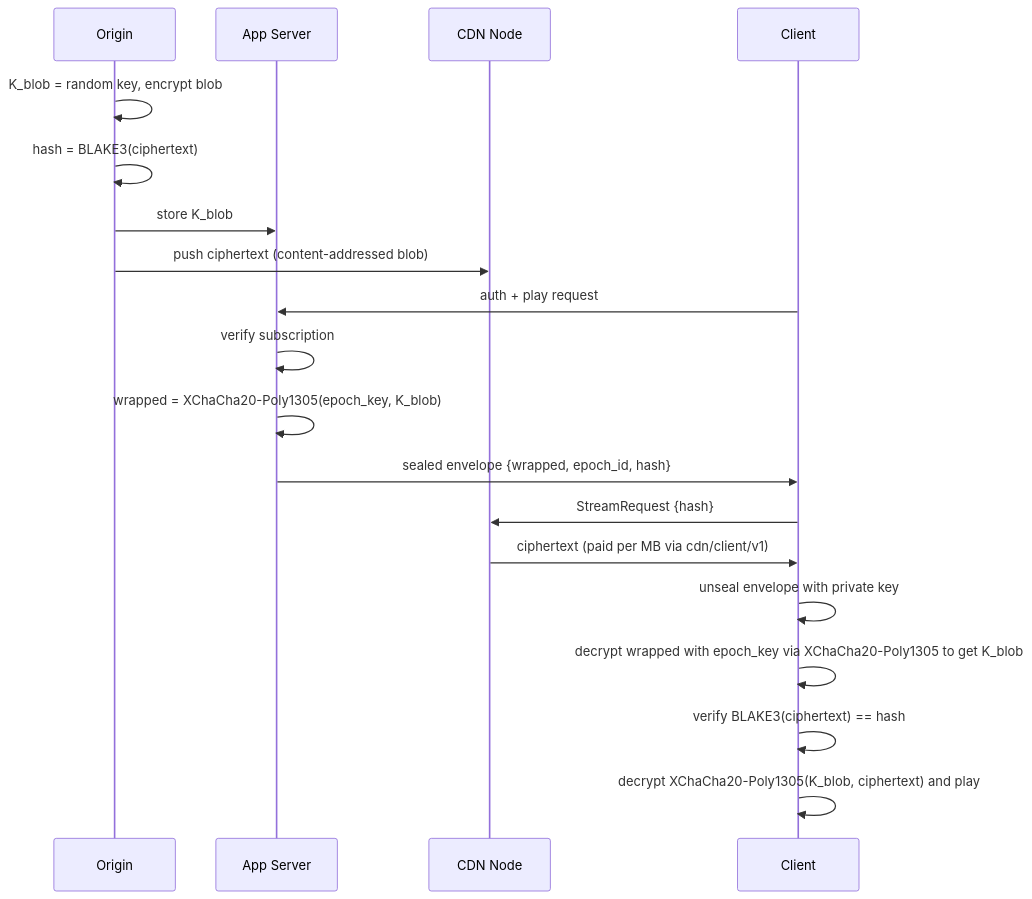
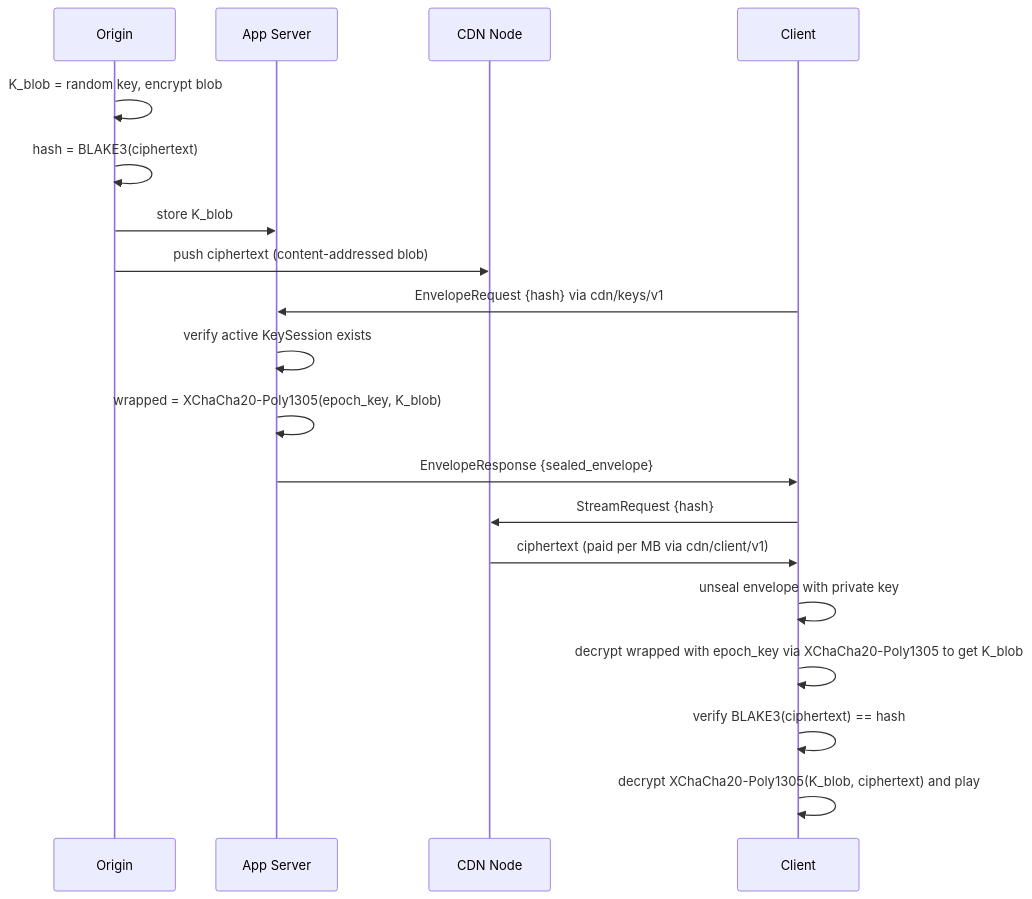
Before and after one commit to decdn/decdn: the second of 4 diagrams in adr/006-e2e-encryption.md, drawn with Mermaid. The commit also changed other lines of this file and 3 other files, not shown here.

First line of the commit message:
docs: replace WebSocket/SSE epoch key delivery with cdn/keys/v1 over iroh QUIC, closes #26

````diff
--- a/adr/006-e2e-encryption.md
+++ b/adr/006-e2e-encryption.md
@@ -93,25 +123,25 @@
 ```mermaid
 sequenceDiagram
     participant O as Origin
     participant A as App Server
     participant N as CDN Node
     participant C as Client
 
     O->>O: K_blob = random key, encrypt blob
     O->>O: hash = BLAKE3(ciphertext)
     O->>A: store K_blob
     O->>N: push ciphertext (content-addressed blob)
 
-    C->>A: auth + play request
-    A->>A: verify subscription
+    C->>A: EnvelopeRequest {hash} via cdn/keys/v1
+    A->>A: verify active KeySession exists
     A->>A: wrapped = XChaCha20-Poly1305(epoch_key, K_blob)
-    A->>C: sealed envelope {wrapped, epoch_id, hash}
+    A->>C: EnvelopeResponse {sealed_envelope}
 
     C->>N: StreamRequest {hash}
     N->>C: ciphertext (paid per MB via cdn/client/v1)
 
     C->>C: unseal envelope with private key
     C->>C: decrypt wrapped with epoch_key via XChaCha20-Poly1305 to get K_blob
     C->>C: verify BLAKE3(ciphertext) == hash
     C->>C: decrypt XChaCha20-Poly1305(K_blob, ciphertext) and play
 ```
````
